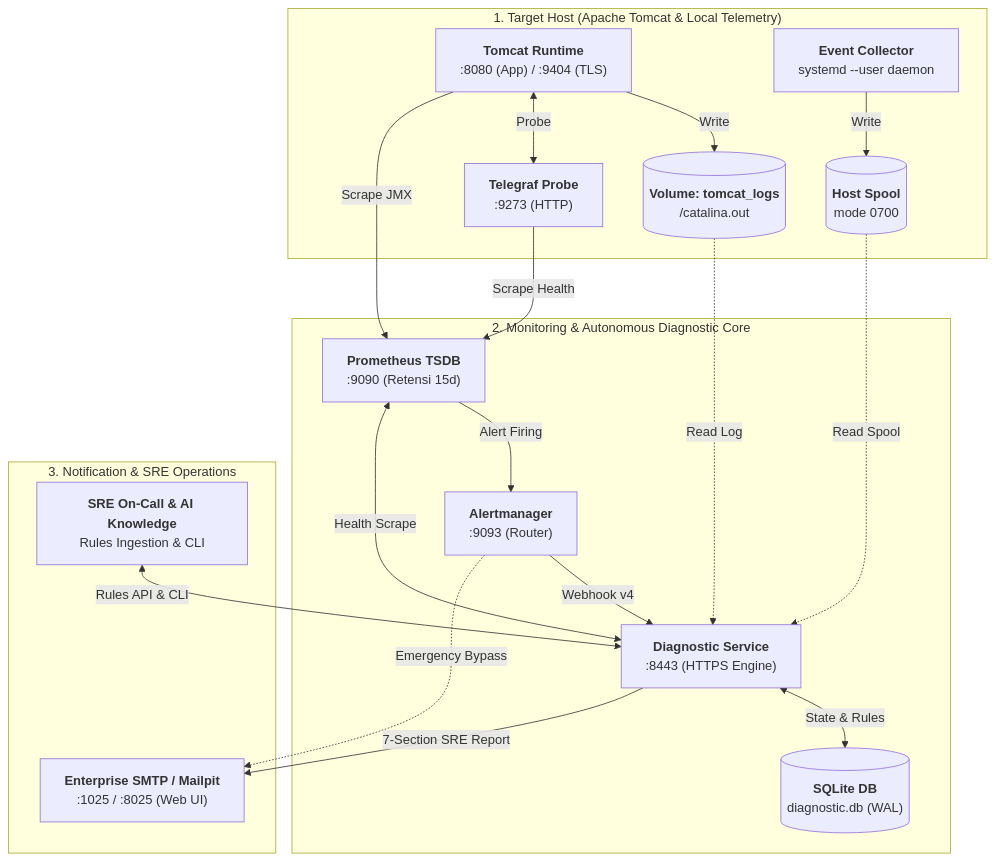
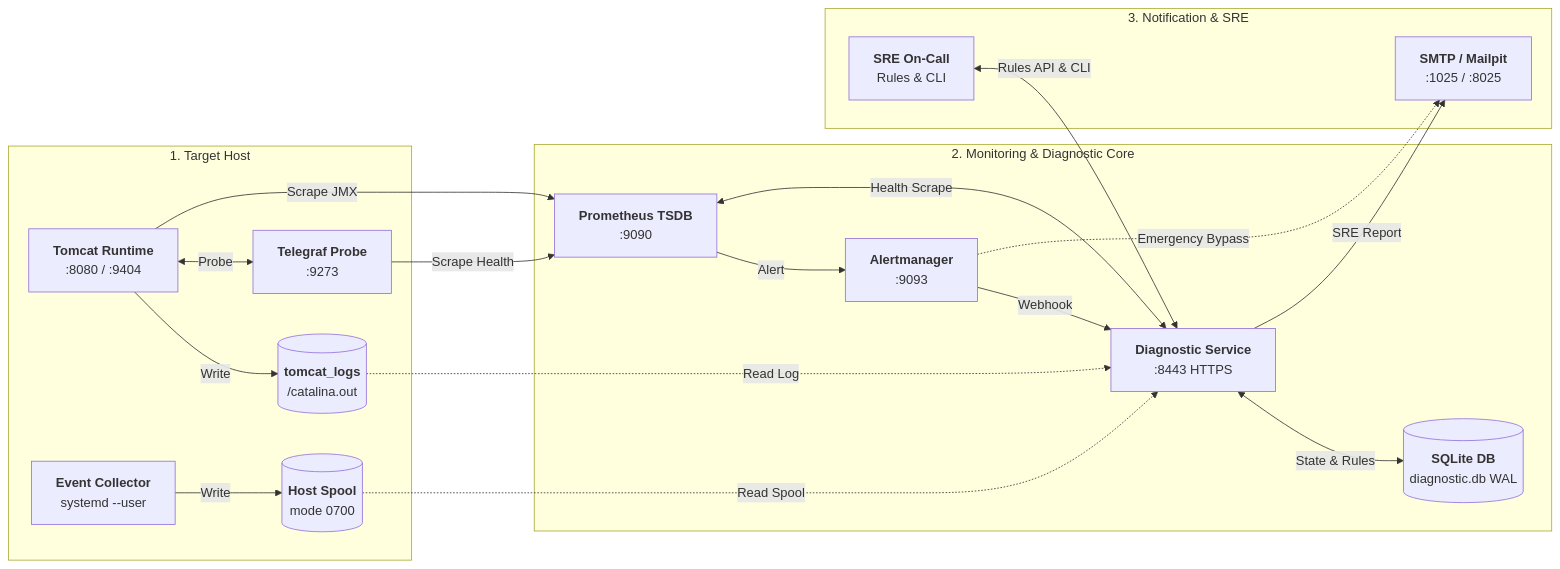
One commit to edkas07-oss/tomcat-monitoring changed the diagram in README.md. Above: the diagram before and after it, drawn with Mermaid.

Commit message:
docs: ubah diagram arsitektur dari flowchart TD ke LR untuk mengurangi gap vertikal SVG

````diff
--- a/README.md
+++ b/README.md
@@ -25,40 +25,40 @@
 ```mermaid
-flowchart TD
-    subgraph Host ["1. Target Host (Apache Tomcat & Local Telemetry)"]
-        TOMCAT["<b>Tomcat Runtime</b><br/>:8080 (App) / :9404 (TLS)"]
-        TELEGRAF["<b>Telegraf Probe</b><br/>:9273 (HTTP)"]
-        COLLECTOR["<b>Event Collector</b><br/>systemd --user daemon"]
-        LOGS[("<b>Volume: tomcat_logs</b><br/>/catalina.out")]
+flowchart LR
+    subgraph Host ["1. Target Host"]
+        TOMCAT["<b>Tomcat Runtime</b><br/>:8080 / :9404"]
+        TELEGRAF["<b>Telegraf Probe</b><br/>:9273"]
+        COLLECTOR["<b>Event Collector</b><br/>systemd --user"]
+        LOGS[("<b>tomcat_logs</b><br/>/catalina.out")]
         SPOOL[("<b>Host Spool</b><br/>mode 0700")]
     end
 
-    subgraph Core ["2. Monitoring & Autonomous Diagnostic Core"]
-        PROM["<b>Prometheus TSDB</b><br/>:9090 (Retensi 15d)"]
-        AM["<b>Alertmanager</b><br/>:9093 (Router)"]
-        DS["<b>Diagnostic Service</b><br/>:8443 (HTTPS Engine)"]
-        SQLITE[("<b>SQLite DB</b><br/>diagnostic.db (WAL)")]
+    subgraph Core ["2. Monitoring & Diagnostic Core"]
+        PROM["<b>Prometheus TSDB</b><br/>:9090"]
+        AM["<b>Alertmanager</b><br/>:9093"]
+        DS["<b>Diagnostic Service</b><br/>:8443 HTTPS"]
+        SQLITE[("<b>SQLite DB</b><br/>diagnostic.db WAL")]
     end
 
-    subgraph Actions ["3. Notification & SRE Operations"]
-        MAILPIT["<b>Enterprise SMTP / Mailpit</b><br/>:1025 / :8025 (Web UI)"]
-        SRE["<b>SRE On-Call & AI Knowledge</b><br/>Rules Ingestion & CLI"]
+    subgraph Actions ["3. Notification & SRE"]
+        MAILPIT["<b>SMTP / Mailpit</b><br/>:1025 / :8025"]
+        SRE["<b>SRE On-Call</b><br/>Rules & CLI"]
     end
 
-    TOMCAT -->|"Write"| LOGS
-    COLLECTOR -->|"Write"| SPOOL
-    TOMCAT <-->|"Probe"| TELEGRAF
+    TOMCAT -->|Write| LOGS
+    COLLECTOR -->|Write| SPOOL
+    TOMCAT <-->|Probe| TELEGRAF
 
-    TOMCAT -->|"Scrape JMX"| PROM
-    TELEGRAF -->|"Scrape Health"| PROM
-    PROM -->|"Alert Firing"| AM
+    TOMCAT -->|Scrape JMX| PROM
+    TELEGRAF -->|Scrape Health| PROM
+    PROM -->|Alert| AM
 
-    AM -->|"Webhook v4"| DS
-    PROM <-->|"Health Scrape"| DS
-    LOGS -.->|"Read Log"| DS
-    SPOOL -.->|"Read Spool"| DS
-    DS <-->|"State & Rules"| SQLITE
+    AM -->|Webhook| DS
+    PROM <-->|Health Scrape| DS
+    LOGS -.->|Read Log| DS
+    SPOOL -.->|Read Spool| DS
+    DS <-->|State & Rules| SQLITE
 
-    DS -->|"7-Section SRE Report"| MAILPIT
-    AM -.->|"Emergency Bypass"| MAILPIT
-    SRE <-->|"Rules API & CLI"| DS
+    DS -->|SRE Report| MAILPIT
+    AM -.->|Emergency Bypass| MAILPIT
+    SRE <-->|Rules API & CLI| DS
 ```
````
